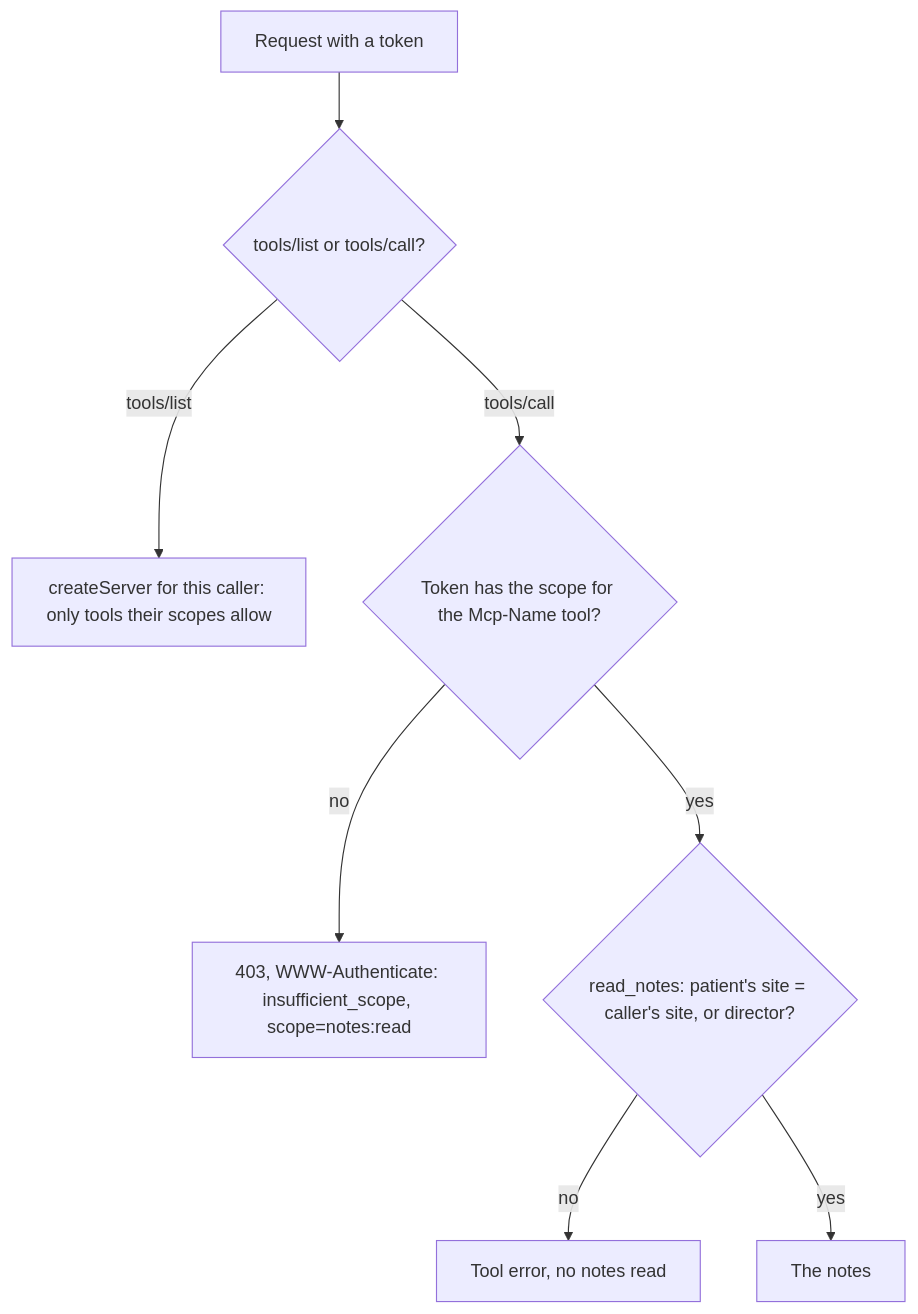
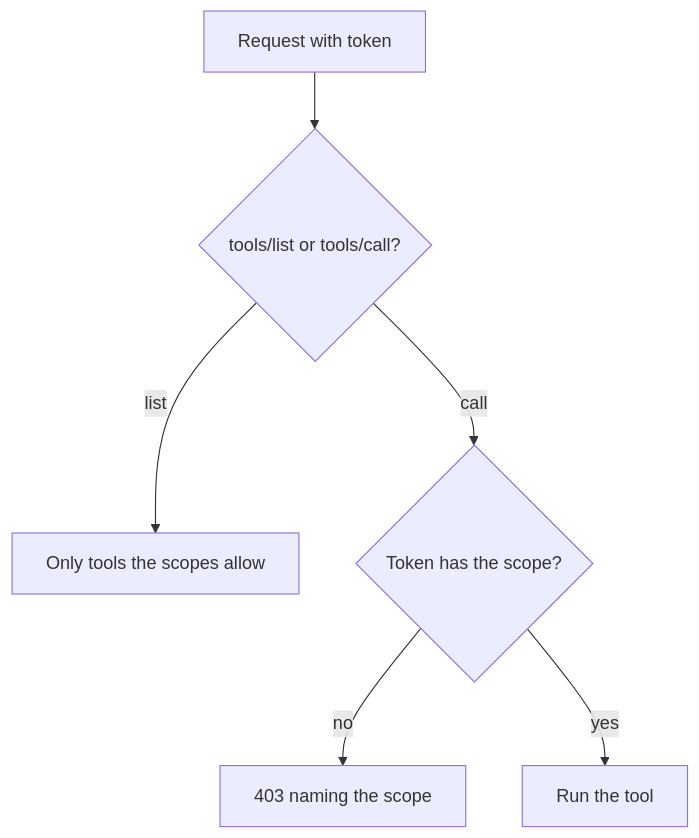
One commit to learnwithparam/mcp-workshop changed the diagram in parts/03-open-the-server-safely/05-limit-by-role/problem/README.md. Above: the diagram before and after it, drawn with Mermaid. The commit also changed other lines of this file and 153 other files, not shown here.

````diff
--- a/parts/03-open-the-server-safely/05-limit-by-role/problem/README.md
+++ b/parts/03-open-the-server-safely/05-limit-by-role/problem/README.md
@@ -20,10 +7,8 @@
 ```mermaid
 flowchart TD
-  R[Request with a token] --> L{tools/list or tools/call?}
-  L -- tools/list --> F[createServer for this caller: only tools their scopes allow]
-  L -- tools/call --> N{Token has the scope for the Mcp-Name tool?}
-  N -- no --> X["403, WWW-Authenticate: insufficient_scope, scope=notes:read"]
-  N -- yes --> S{read_notes: patient's site = caller's site, or director?}
-  S -- no --> E[Tool error, no notes read]
-  S -- yes --> OK[The notes]
+  R[Request with token] --> L{tools/list or tools/call?}
+  L -- list --> F[Only tools the scopes allow]
+  L -- call --> N{Token has the scope?}
+  N -- no --> X[403 naming the scope]
+  N -- yes --> OK[Run the tool]
 ```
````
